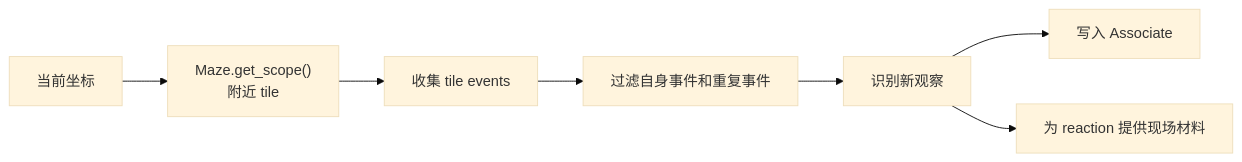
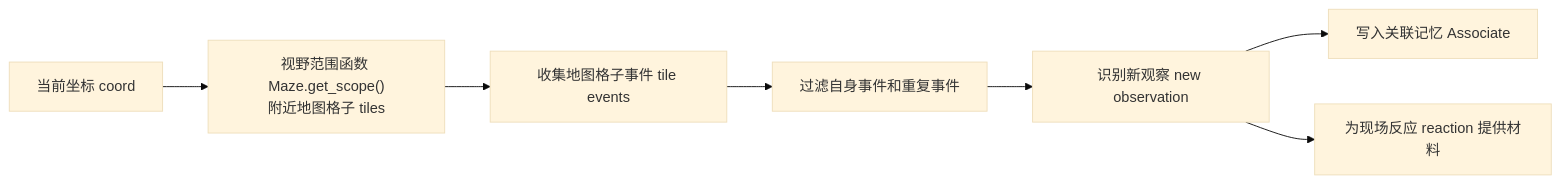
One commit to tbkken/GenerativeAgentsCN changed the diagram in docs/book/manuscript/part_03/chapter_17.md. Above: the diagram before and after it, drawn with Mermaid (base theme). The commit also changed other lines of this file and 33 other files, not shown here.

````diff
--- a/docs/book/manuscript/part_03/chapter_17.md
+++ b/docs/book/manuscript/part_03/chapter_17.md
@@ -39,9 +39,9 @@
 ```mermaid
 flowchart LR
-    Position["当前坐标"] --> Scope["Maze.get_scope()<br/>附近 tile"]
-    Scope --> Events["收集 tile events"]
+    Position["当前坐标 coord"] --> Scope["视野范围函数 Maze.get_scope()<br/>附近地图格子 tiles"]
+    Scope --> Events["收集地图格子事件 tile events"]
     Events --> Filter["过滤自身事件和重复事件"]
-    Filter --> New["识别新观察"]
-    New --> Memory["写入 Associate"]
-    New --> Reaction["为 reaction 提供现场材料"]
+    Filter --> New["识别新观察 new observation"]
+    New --> Memory["写入关联记忆 Associate"]
+    New --> Reaction["为现场反应 reaction 提供材料"]
 ```
````
